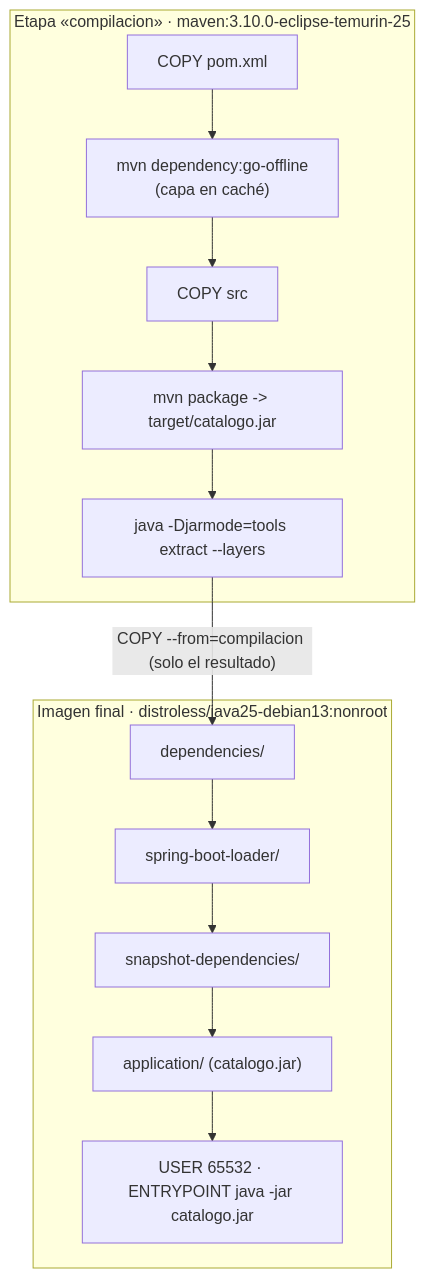
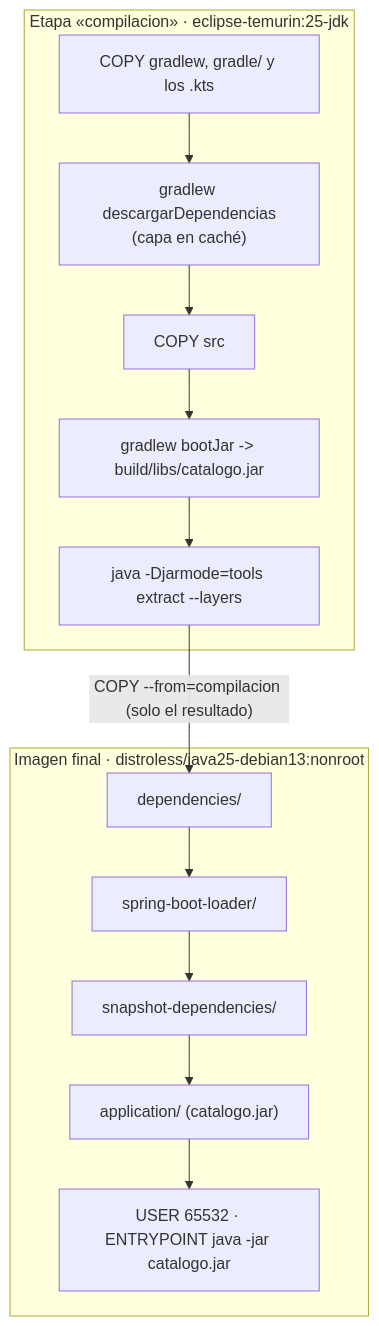
Before and after one commit to NICORUIZ93/The_Imperial_Book: the second of 9 diagrams in web/public/content/microservices/modulo-16.md, drawn with Mermaid. The commit also changed other lines of this file and 346 other files, not shown here.

First line of the commit message:
Microservicios: laboratorios de Spring de Maven a Gradle (Kotlin DSL, wrapper, catálogo)

````diff
--- a/web/public/content/microservices/modulo-16.md
+++ b/web/public/content/microservices/modulo-16.md
@@ -536,13 +592,13 @@
 ```mermaid
 flowchart TB
-    subgraph E1["Etapa «compilacion» · maven:3.10.0-eclipse-temurin-25"]
-      A1["COPY pom.xml"] --> A2["mvn dependency:go-offline<br/>(capa en caché)"]
-      A2 --> A3["COPY src"] --> A4["mvn package -> target/catalogo.jar"]
+    subgraph E1["Etapa «compilacion» · eclipse-temurin:25-jdk"]
+      A1["COPY gradlew, gradle/ y los .kts"] --> A2["gradlew descargarDependencias<br/>(capa en caché)"]
+      A2 --> A3["COPY src"] --> A4["gradlew bootJar -> build/libs/catalogo.jar"]
       A4 --> A5["java -Djarmode=tools extract --layers"]
     end
     subgraph E2["Imagen final · distroless/java25-debian13:nonroot"]
       B1["dependencies/"] --> B2["spring-boot-loader/"] --> B3["snapshot-dependencies/"] --> B4["application/ (catalogo.jar)"]
       B4 --> B5["USER 65532 · ENTRYPOINT java -jar catalogo.jar"]
     end
     A5 -->|"COPY --from=compilacion (solo el resultado)"| B1
 ```
````
